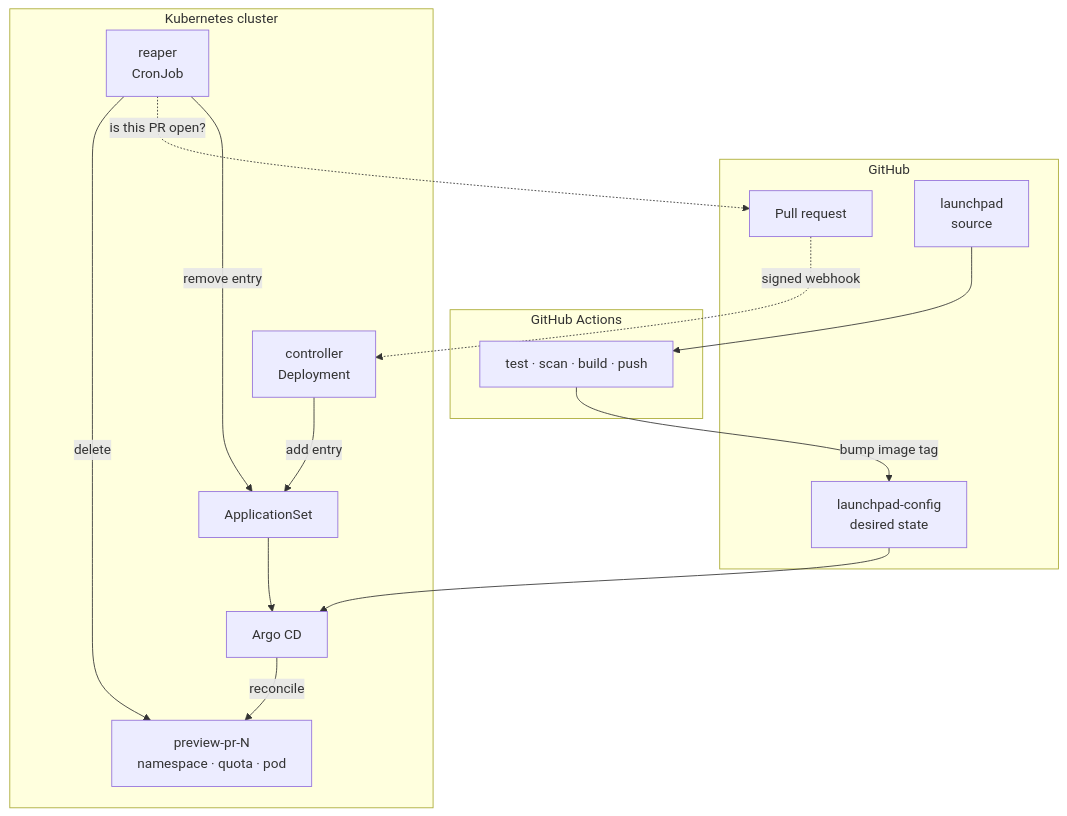
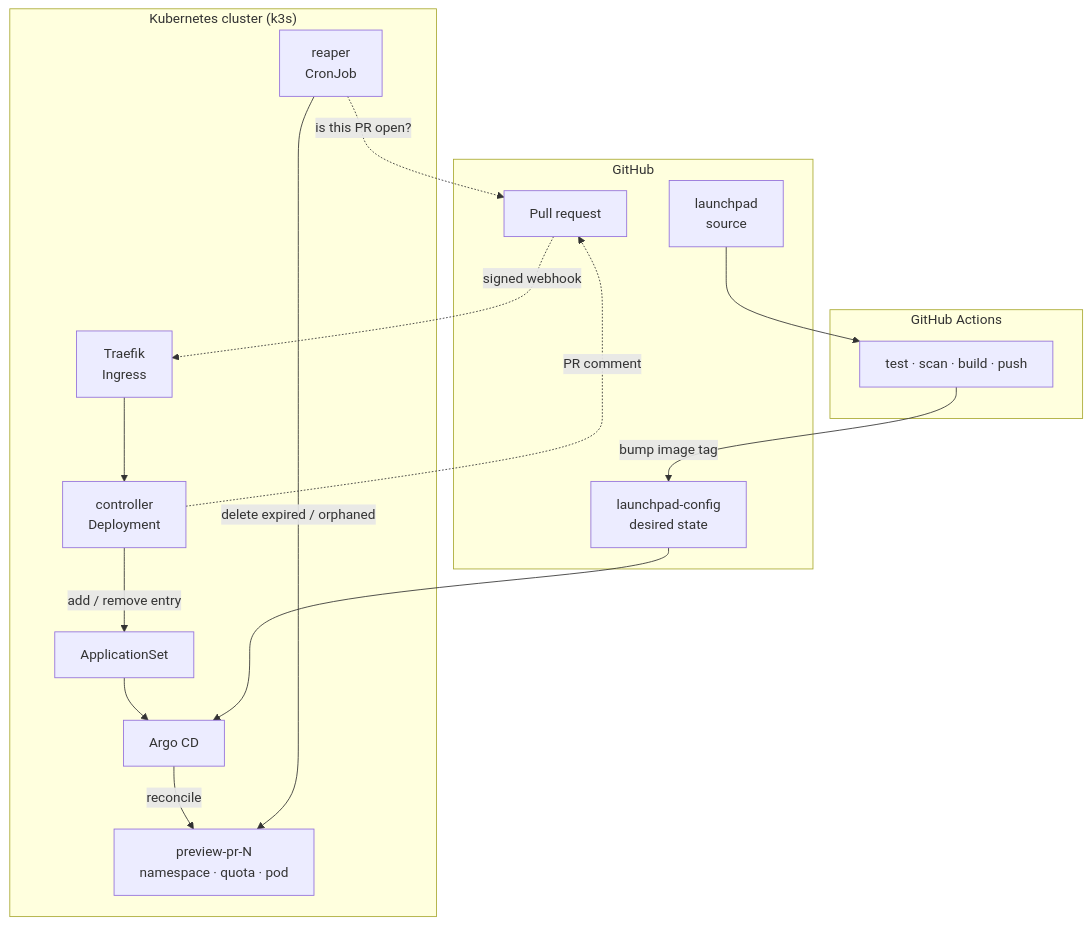
One commit to SihanUdayaratna03/launchpad changed the first of 3 diagrams in README.md. Above: the diagram before and after it, drawn with Mermaid. The commit also changed other lines of this file and 4 other files, not shown here.

````diff
--- a/README.md
+++ b/README.md
@@ -32,31 +50,32 @@
 ```mermaid
 flowchart TB
     subgraph github ["GitHub"]
         PR["Pull request"]
         SRC["launchpad<br/>source"]
         CFG["launchpad-config<br/>desired state"]
     end
 
     subgraph actions ["GitHub Actions"]
         PIPE["test · scan · build · push"]
     end
 
-    subgraph cluster ["Kubernetes cluster"]
+    subgraph cluster ["Kubernetes cluster (k3s)"]
+        ING["Traefik<br/>Ingress"]
         CTRL["controller<br/>Deployment"]
         REAP["reaper<br/>CronJob"]
         APPSET["ApplicationSet"]
         ARGO["Argo CD"]
         NS["preview-pr-N<br/>namespace · quota · pod"]
     end
 
-    PR -. "signed webhook" .-> CTRL
+    PR -. "signed webhook" .-> ING --> CTRL
+    CTRL -. "PR comment" .-> PR
     SRC --> PIPE
     PIPE -- "bump image tag" --> CFG
-    CTRL -- "add entry" --> APPSET
-    REAP -- "remove entry" --> APPSET
-    REAP -. "is this PR open?" .-> PR
+    CTRL -- "add / remove entry" --> APPSET
     APPSET --> ARGO
     CFG --> ARGO
     ARGO -- "reconcile" --> NS
-    REAP -- "delete" --> NS
+    REAP -. "is this PR open?" .-> PR
+    REAP -- "delete expired / orphaned" --> NS
 ```
````
